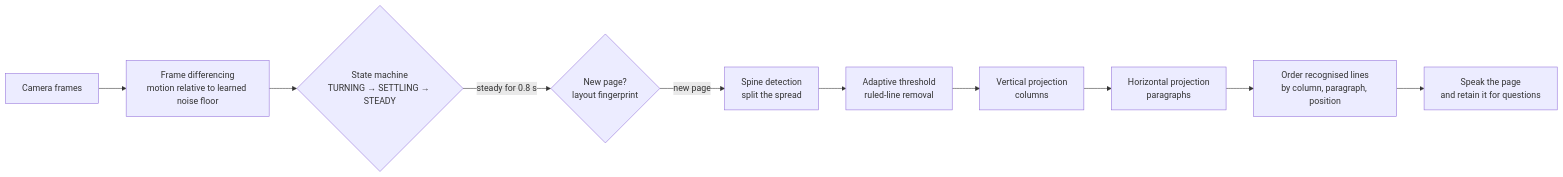
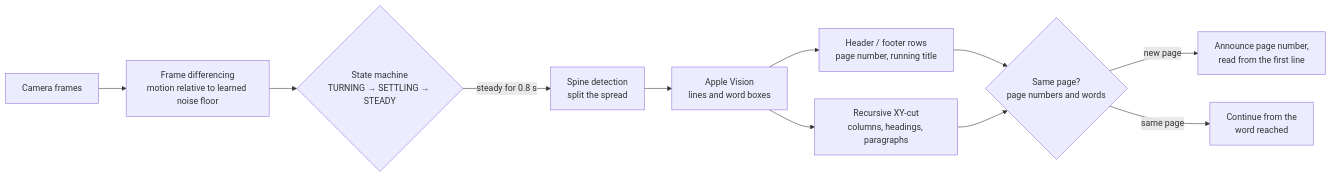
The second of 2 diagrams in README.md (neerajprao/Helping_Eyes-main), drawn with Mermaid before and after one commit. The commit also changed other lines of this file and 129 other files, not shown here.

````diff
--- a/README.md
+++ b/README.md
@@ -275,12 +294,13 @@
 ```mermaid
 flowchart LR
     F[Camera frames] --> M[Frame differencing<br/>motion relative to learned noise floor]
     M --> S{State machine<br/>TURNING → SETTLING → STEADY}
-    S -- steady for 0.8 s --> G{New page?<br/>layout fingerprint}
-    G -- new page --> SP[Spine detection<br/>split the spread]
-    SP --> L[Adaptive threshold<br/>ruled-line removal]
-    L --> C[Vertical projection<br/>columns]
-    C --> P[Horizontal projection<br/>paragraphs]
-    P --> O[Order recognised lines<br/>by column, paragraph, position]
-    O --> R[Speak the page<br/>and retain it for questions]
+    S -- steady for 0.8 s --> SP[Spine detection<br/>split the spread]
+    SP --> V[Apple Vision<br/>lines and word boxes]
+    V --> H[Header / footer rows<br/>page number, running title]
+    V --> X[Recursive XY-cut<br/>columns, headings, paragraphs]
+    H --> D{Same page?<br/>page numbers and words}
+    X --> D
+    D -- new page --> R[Announce page number,<br/>read from the first line]
+    D -- same page --> C[Continue from the<br/>word reached]
 ```
````
